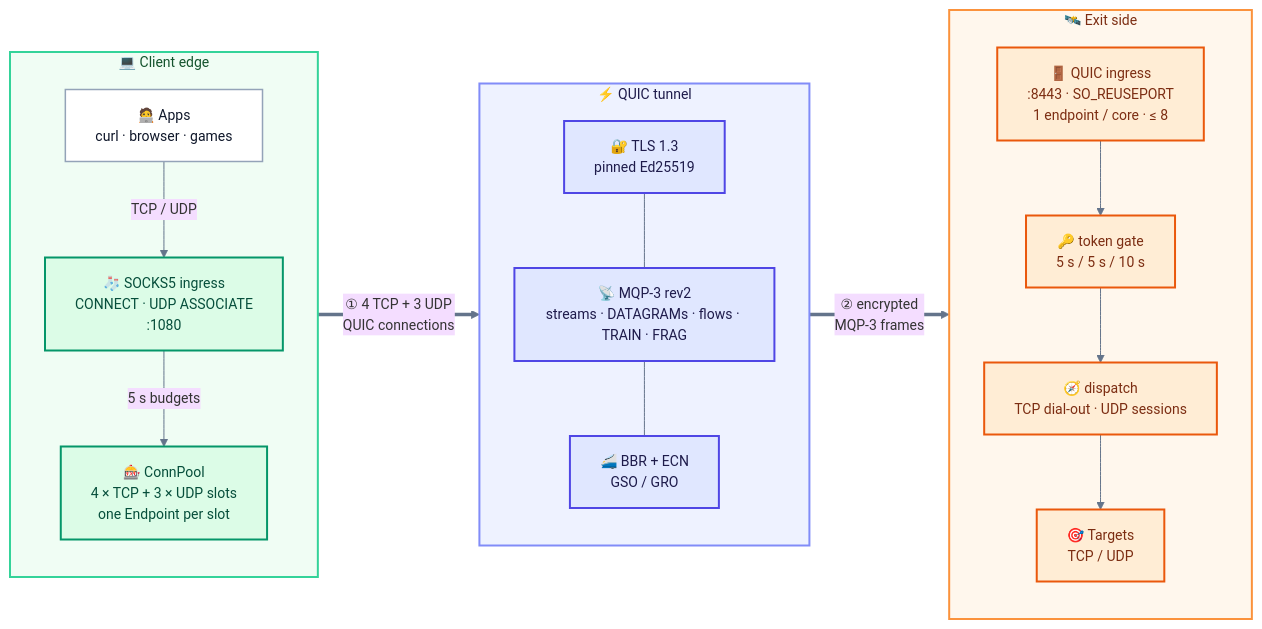
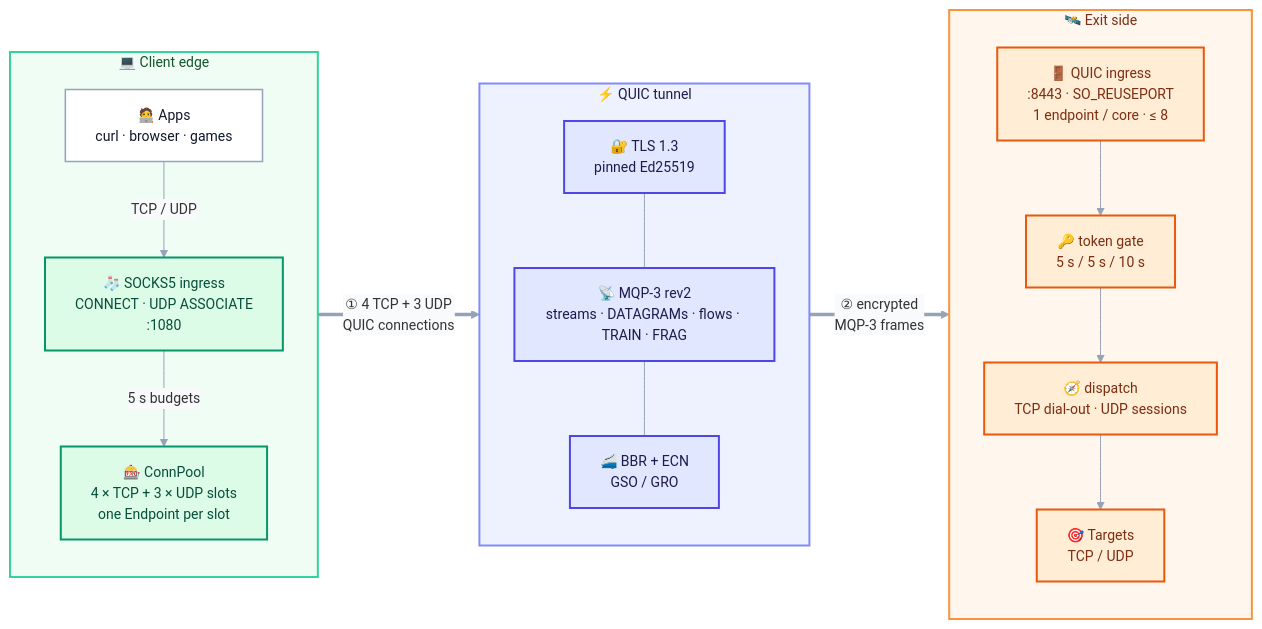
The seventh of 31 diagrams in README.md (Terutoki/MyQUIC2), drawn with Mermaid before and after one commit. The commit also changed other lines of this file and 14 other files, not shown here.

First line of the commit message:
docs(readme): remove static art and redraw Mermaid atlas

````diff
--- a/README.md
+++ b/README.md
@@ -1089,42 +1092,44 @@
 ```mermaid
-%%{init: {"theme":"base","themeVariables":{"fontSize":"14px","lineColor":"#64748b"}}}%%
+%%{init: {"theme":"base","themeVariables":{"fontSize":"14px","lineColor":"#94a3b8","textColor":"#0f172a","edgeLabelBackground":"#f8fafc"}}}%%
 flowchart LR
+    accTitle: System overview
+    accDescr: Applications reach the client edge, cross an encrypted QUIC tunnel, and leave through an admission-first server to TCP or UDP targets.
     subgraph EDGE["💻  Client edge"]
         direction TB
         APPS["🧑‍💻 Apps<br/>curl · browser · games"]
         SOCKS["🧦 SOCKS5 ingress<br/>CONNECT · UDP ASSOCIATE<br/>:1080"]
         POOL["🎰 ConnPool<br/>4 × TCP + 3 × UDP slots<br/>one Endpoint per slot"]
         APPS -->|"TCP / UDP"| SOCKS
         SOCKS -->|"5 s budgets"| POOL
     end
     subgraph TUNNEL["⚡  QUIC tunnel"]
         direction TB
         TLS["🔐 TLS 1.3<br/>pinned Ed25519"]
         MQP["📡 MQP-3 rev2<br/>streams · DATAGRAMs · flows · TRAIN · FRAG"]
         CC["🚄 BBR + ECN<br/>GSO / GRO"]
         TLS --- MQP --- CC
     end
     subgraph EXIT["🛰️  Exit side"]
         direction TB
         ING["🚪 QUIC ingress<br/>:8443 · SO_REUSEPORT<br/>1 endpoint / core · ≤ 8"]
         AUTH["🔑 token gate<br/>5 s / 5 s / 10 s"]
         ROUTE["🧭 dispatch<br/>TCP dial-out · UDP sessions"]
         TARGETS["🎯 Targets<br/>TCP / UDP"]
         ING --> AUTH
         AUTH --> ROUTE
         ROUTE --> TARGETS
     end
     EDGE ==>|"① 4 TCP + 3 UDP<br/>QUIC connections"| TUNNEL
     TUNNEL ==>|"② encrypted<br/>MQP-3 frames"| EXIT
     style EDGE fill:#f0fdf4,stroke:#34d399,stroke-width:2px,color:#14532d
     style TUNNEL fill:#eef2ff,stroke:#818cf8,stroke-width:2px,color:#1e1b4b
     style EXIT fill:#fff7ed,stroke:#fb923c,stroke-width:2px,color:#7c2d12
     classDef app fill:#ffffff,stroke:#94a3b8,stroke-width:1.5px,color:#0f172a
     classDef edge fill:#dcfce7,stroke:#059669,stroke-width:2px,color:#064e3b
-    classDef tun fill:#e0e7ff,stroke:#4f46e5,stroke-width:2px,color:#1e1b4b
+    classDef tunnel fill:#e0e7ff,stroke:#4f46e5,stroke-width:2px,color:#1e1b4b
     classDef exit fill:#ffedd5,stroke:#ea580c,stroke-width:2px,color:#7c2d12
     class APPS app
     class SOCKS,POOL edge
-    class TLS,MQP,CC tun
+    class TLS,MQP,CC tunnel
     class ING,AUTH,ROUTE,TARGETS exit
 ```
````
